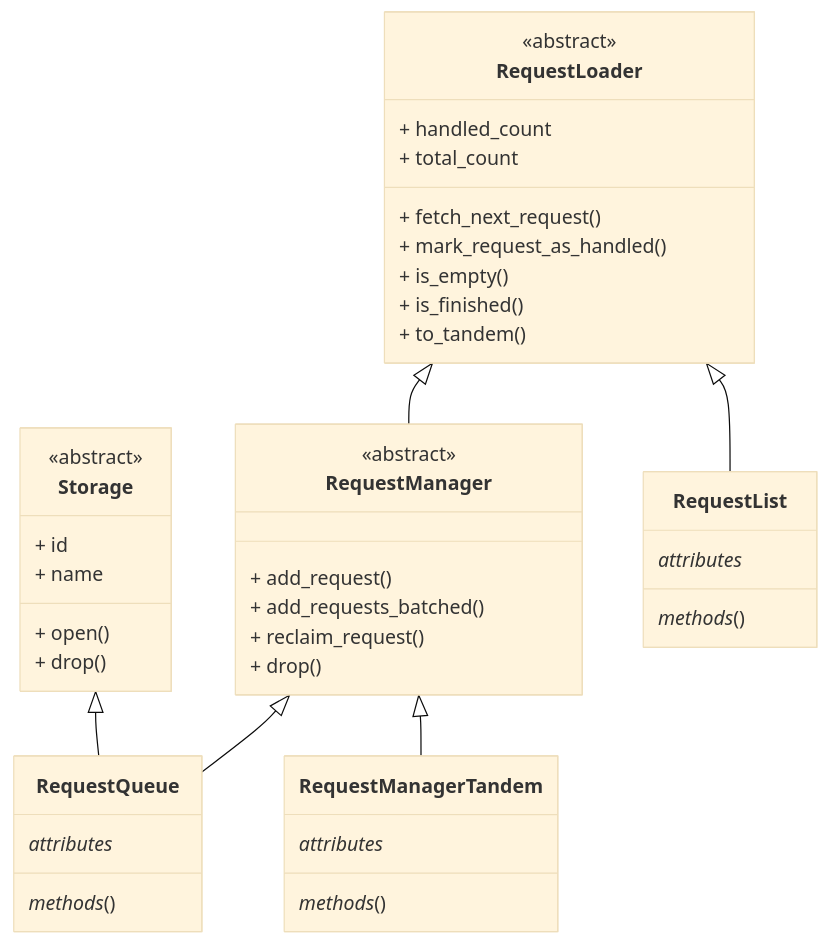
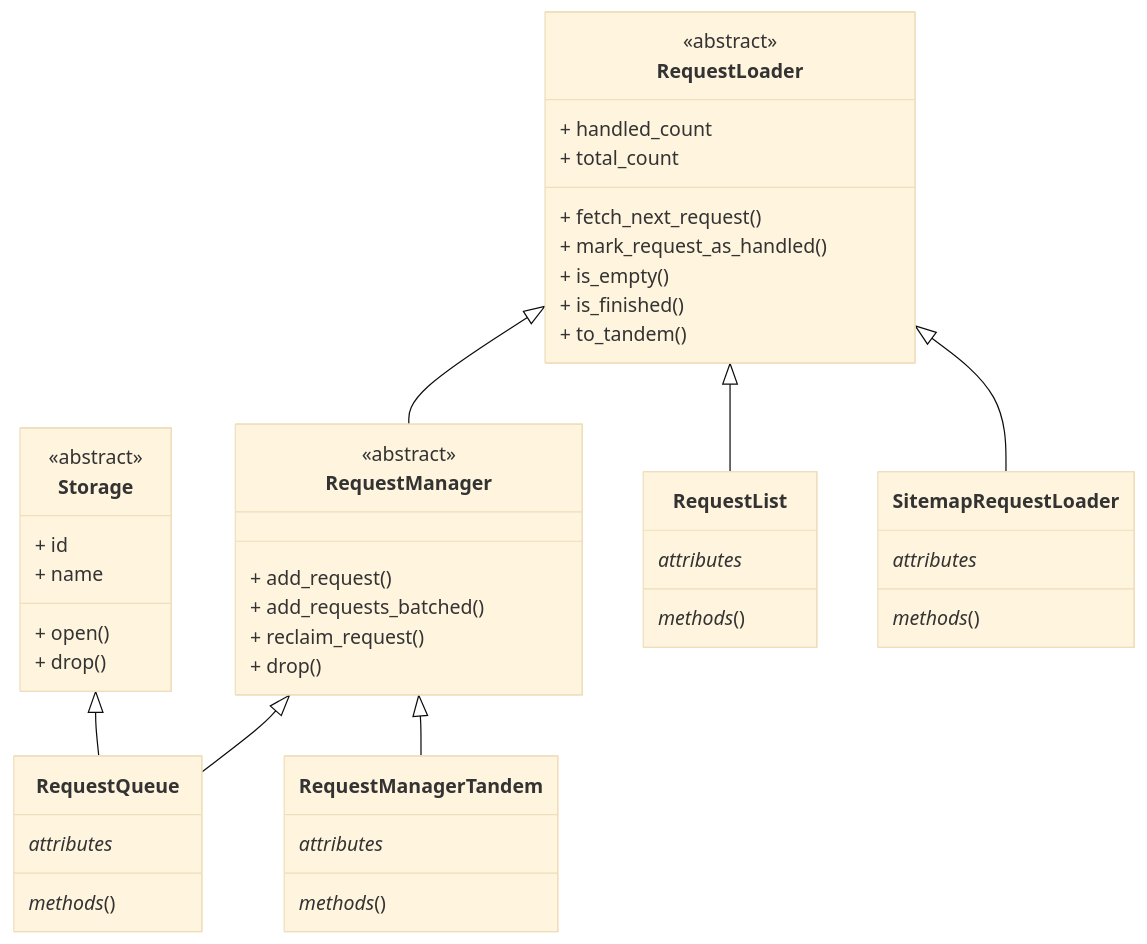
The diagram in docs/guides/request_loaders.mdx (apify/crawlee-python), drawn with Mermaid (base theme) before and after one commit. The commit also changed other lines of this file and 9 other files, not shown here.

First line of the commit message:
feat: add utility for load and parse Sitemap and `SitemapRequestLoader` (#1169)

````diff
--- a/docs/guides/request_loaders.mdx
+++ b/docs/guides/request_loaders.mdx
@@ -32,70 +34,76 @@
 ```mermaid
 ---
 config:
     class:
         hideEmptyMembersBox: true
 ---
 
 classDiagram
 
 %% ========================
 %% Abstract classes
 %% ========================
 
 class Storage {
     <<abstract>>
     + id
     + name
     + open()
     + drop()
 }
 
 class RequestLoader {
     <<abstract>>
     + handled_count
     + total_count
     + fetch_next_request()
     + mark_request_as_handled()
     + is_empty()
     + is_finished()
     + to_tandem()
 }
 
 class RequestManager {
     <<abstract>>
     + add_request()
     + add_requests_batched()
     + reclaim_request()
     + drop()
 }
 
 %% ========================
 %% Specific classes
 %% ========================
 
 class RequestQueue {
     _attributes_
     _methods_()
 }
 
 class RequestList {
     _attributes_
     _methods_()
 }
 
+class SitemapRequestLoader {
+    _attributes_
+    _methods_()
+}
+
 class RequestManagerTandem {
     _attributes_
     _methods_()
 }
 
 %% ========================
 %% Inheritance arrows
 %% ========================
 
 Storage <|-- RequestQueue
 RequestManager <|-- RequestQueue
 
 RequestLoader <|-- RequestManager
 RequestLoader <|-- RequestList
+RequestLoader <|-- SitemapRequestLoader
 RequestManager <|-- RequestManagerTandem
 ```
````
